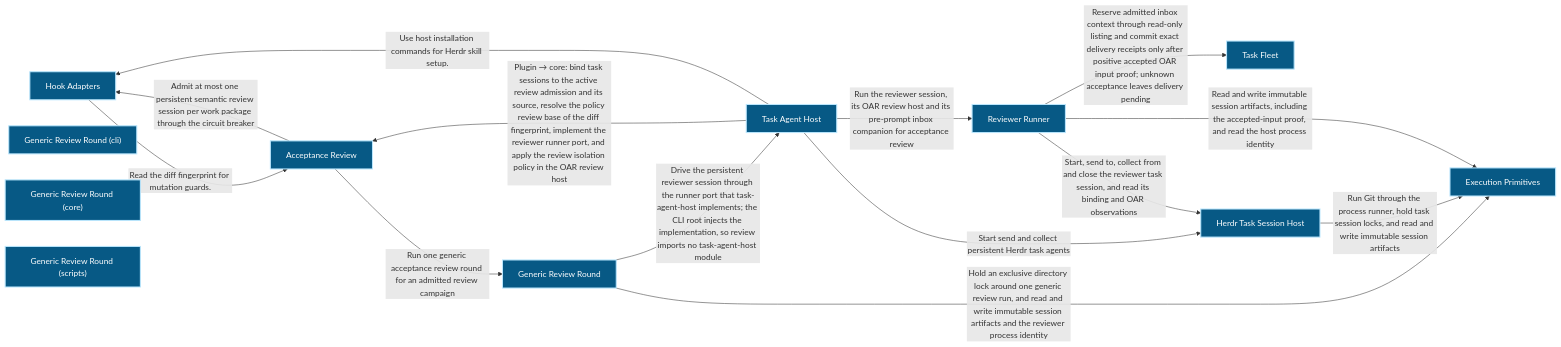
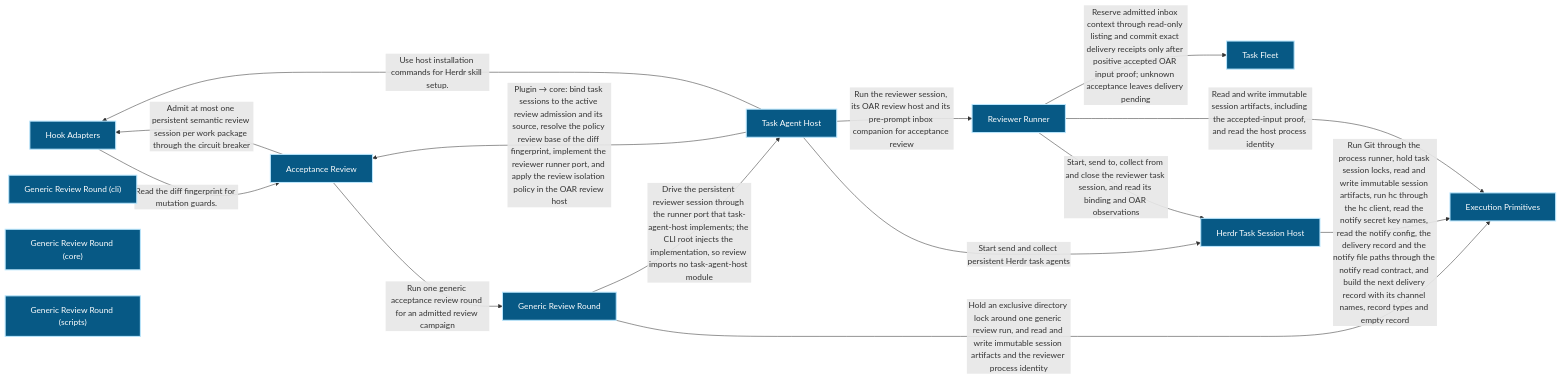
One commit to Ancienttwo/repo-harness changed the first of 3 diagrams in docs/architecture/modules/verification/acceptance-review.md. Above: the diagram before and after it, drawn with Mermaid. The commit also changed other lines of this file and 14 other files, not shown here.

First line of the commit message:
chore(projection): refresh generated architecture outputs for main@ccdc0587af67

````diff
--- a/docs/architecture/modules/verification/acceptance-review.md
+++ b/docs/architecture/modules/verification/acceptance-review.md
@@ -16,31 +16,31 @@
 ```mermaid
 flowchart LR
   p1_capability_organization_task_fleet_134b5125["Task Fleet"]:::component
   p1_capability_runtime_harness_hook_adapters_75a11743["Hook Adapters"]:::component
   p1_capability_runtime_harness_task_agent_host_d81dadb6["Task Agent Host"]:::component
   p1_capability_verification_acceptance_review_f80a24d6["Acceptance Review"]:::component
   p1_capability_workflow_engine_execution_primitives_b3033934["Execution Primitives"]:::component
   p1_component_acceptance_review_primary_b86fb286["Generic Review Round"]:::component
   p1_component_acceptance_review_primary_cli_16f323d1["Generic Review Round (cli)"]:::component
   p1_component_acceptance_review_primary_core_dad45fa1["Generic Review Round (core)"]:::component
   p1_component_acceptance_review_primary_scripts_fb66eb00["Generic Review Round (scripts)"]:::component
   p1_component_task_agent_host_primary_d8453f09["Herdr Task Session Host"]:::component
   p1_component_task_agent_host_review_runner_c2379e1e["Reviewer Runner"]:::component
   p1_capability_verification_acceptance_review_f80a24d6 -->|"Admit at most one persistent semantic review session per work package through the circuit breaker"| p1_capability_runtime_harness_hook_adapters_75a11743
   p1_capability_verification_acceptance_review_f80a24d6 -->|"Run one generic acceptance review round for an admitted review campaign"| p1_component_acceptance_review_primary_b86fb286
   p1_component_acceptance_review_primary_b86fb286 -->|"Hold an exclusive directory lock around one generic review run#44; and read and write immutable session artifacts and the reviewer process identity"| p1_capability_workflow_engine_execution_primitives_b3033934
   p1_component_acceptance_review_primary_b86fb286 -->|"Drive the persistent reviewer session through the runner port that task-agent-host implements#59; the CLI root injects the implementation#44; so review imports no task-agent-host module"| p1_capability_runtime_harness_task_agent_host_d81dadb6
   p1_capability_runtime_harness_hook_adapters_75a11743 -->|"Read the diff fingerprint for mutation guards."| p1_capability_verification_acceptance_review_f80a24d6
   p1_capability_runtime_harness_task_agent_host_d81dadb6 -->|"Plugin → core: bind task sessions to the active review admission and its source#44; resolve the policy review base of the diff fingerprint#44; implement the reviewer runner port#44; and apply the review isolation policy in the OAR review host"| p1_capability_verification_acceptance_review_f80a24d6
   p1_capability_runtime_harness_task_agent_host_d81dadb6 -->|"Use host installation commands for Herdr skill setup."| p1_capability_runtime_harness_hook_adapters_75a11743
   p1_capability_runtime_harness_task_agent_host_d81dadb6 -->|"Start send and collect persistent Herdr task agents"| p1_component_task_agent_host_primary_d8453f09
-  p1_component_task_agent_host_primary_d8453f09 -->|"Run Git through the process runner#44; hold task session locks#44; and read and write immutable session artifacts"| p1_capability_workflow_engine_execution_primitives_b3033934
+  p1_component_task_agent_host_primary_d8453f09 -->|"Run Git through the process runner#44; hold task session locks#44; read and write immutable session artifacts#44; run hc through the hc client#44; read the notify secret key names#44; read the notify config#44; the delivery record and the notify file paths through the notify read contract#44; and build the next delivery record with its channel names#44; record types and empty record"| p1_capability_workflow_engine_execution_primitives_b3033934
   p1_capability_runtime_harness_task_agent_host_d81dadb6 -->|"Run the reviewer session#44; its OAR review host and its pre-prompt inbox companion for acceptance review"| p1_component_task_agent_host_review_runner_c2379e1e
   p1_component_task_agent_host_review_runner_c2379e1e -->|"Read and write immutable session artifacts#44; including the accepted-input proof#44; and read the host process identity"| p1_capability_workflow_engine_execution_primitives_b3033934
   p1_component_task_agent_host_review_runner_c2379e1e -->|"Start#44; send to#44; collect from and close the reviewer task session#44; and read its binding and OAR observations"| p1_component_task_agent_host_primary_d8453f09
   p1_component_task_agent_host_review_runner_c2379e1e -->|"Reserve admitted inbox context through read-only listing and commit exact delivery receipts only after positive accepted OAR input proof#59; unknown acceptance leaves delivery pending"| p1_capability_organization_task_fleet_134b5125
   classDef actor fill:#111827,color:#ffffff,stroke:#f9fafb,stroke-width:2px
   classDef component fill:#075985,color:#ffffff,stroke:#bae6fd,stroke-width:2px
   classDef datastore fill:#3f6212,color:#ffffff,stroke:#d9f99d,stroke-width:2px
   classDef external fill:#7c2d12,color:#ffffff,stroke:#fed7aa,stroke-width:2px
 ```
````
